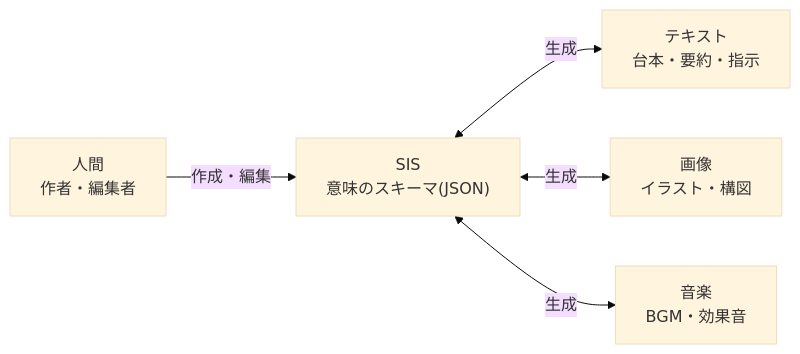
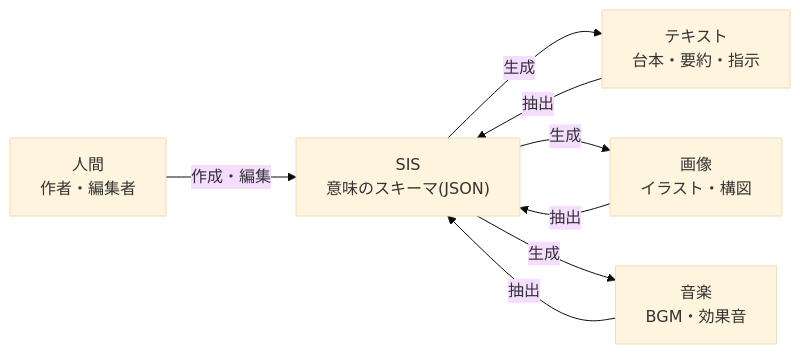
One commit to joyk0117/GeNarrative changed the diagram in docs/SIS_ja.md. Above: the diagram before and after it, drawn with Mermaid (base theme). The commit also changed 1 other file, not shown here.

Commit message:
Feature: Update SIS documentation to clarify extraction relationships in flowchart

````diff
--- a/docs/SIS_ja.md
+++ b/docs/SIS_ja.md
@@ -25,15 +25,19 @@
 ```mermaid
 flowchart LR
   H["人間<br/>作者・編集者"]
   SIS["SIS<br/>意味のスキーマ(JSON)"]
 
   T["テキスト<br/>台本・要約・指示"]
   I["画像<br/>イラスト・構図"]
   M["音楽<br/>BGM・効果音"]
 
   H -->|"作成・編集"| SIS
-  SIS <-->|"生成"| T
-  SIS <-->|"生成"| I
-  SIS <-->|"生成"| M
+  SIS -->|"生成"| T
+  SIS -->|"生成"| I
+  SIS -->|"生成"| M
 
+  T -->|"抽出"| SIS
+  I -->|"抽出"| SIS
+  M -->|"抽出"| SIS
+  
 ```
````
